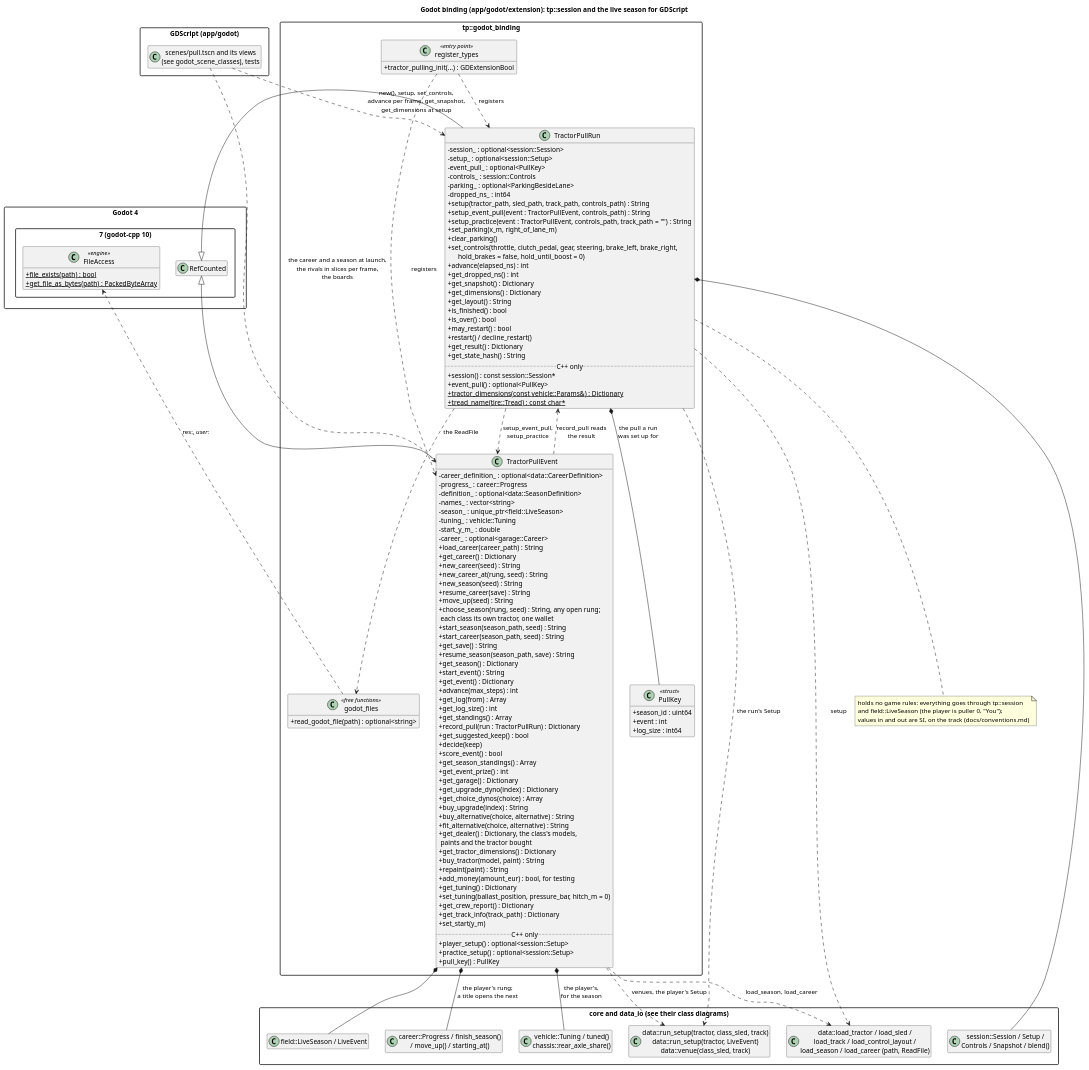
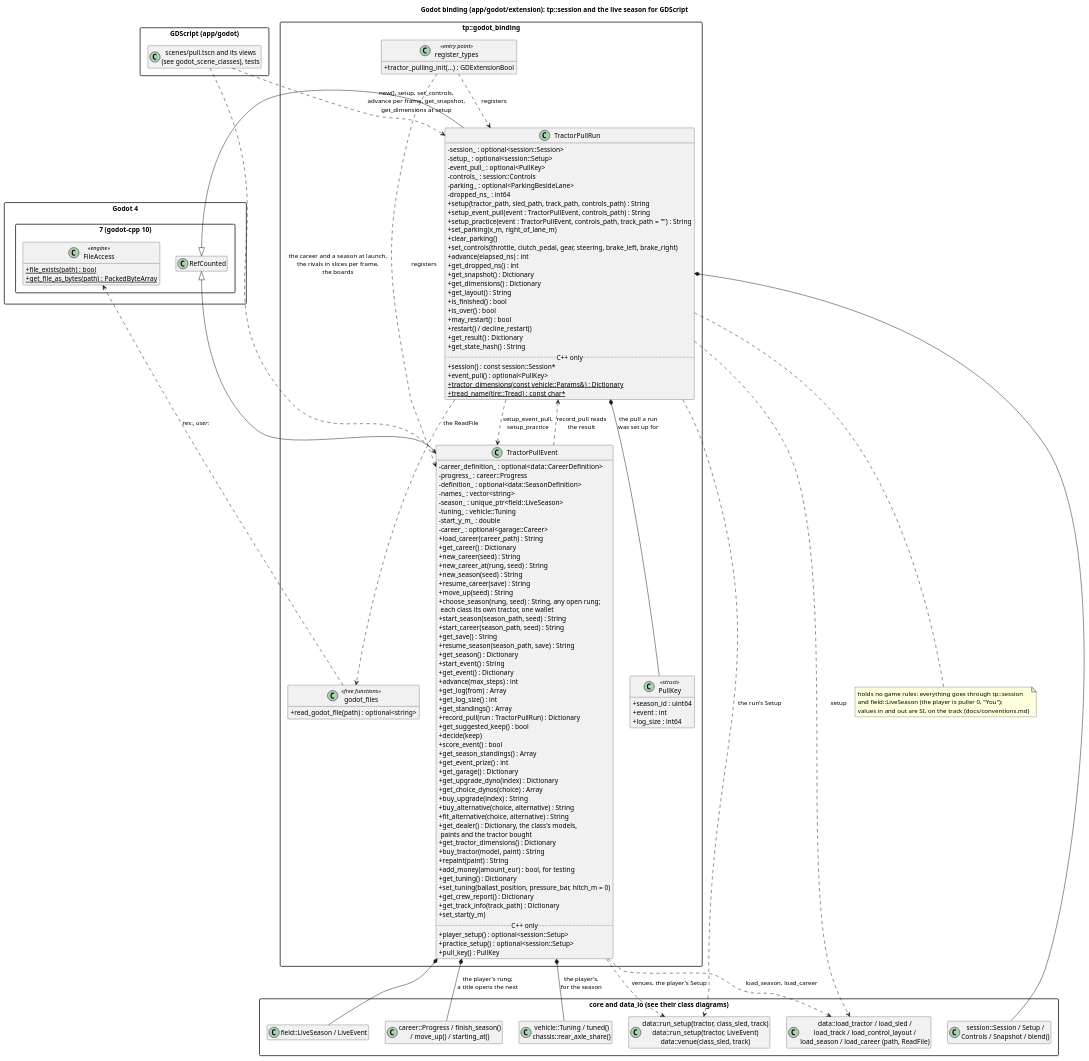
The diagram in docs/diagrams/godot_classes.puml (wversteeg/TractorPulling), drawn with PlantUML before and after one commit. The commit also changed 33 other files, not shown here.

First line of the commit message:
Remove the brake hold for the start everywhere (#148)

```diff
--- a/docs/diagrams/godot_classes.puml
+++ b/docs/diagrams/godot_classes.puml
@@ -1,151 +1,151 @@
 @startuml godot_classes
 title Godot binding (app/godot/extension): tp::session and the live season for GDScript
 hide empty members
 skinparam packageStyle rectangle
 skinparam classAttributeIconSize 0
 
 package "Godot 4.7 (godot-cpp 10)" {
   class RefCounted
   class FileAccess <<engine>> {
     +{static} file_exists(path) : bool
     +{static} get_file_as_bytes(path) : PackedByteArray
   }
 }
 
 package "tp::godot_binding" {
   class TractorPullRun {
     -session_ : optional<session::Session>
     -setup_ : optional<session::Setup>
     -event_pull_ : optional<PullKey>
     -controls_ : session::Controls
     -parking_ : optional<ParkingBesideLane>
     -dropped_ns_ : int64
     +setup(tractor_path, sled_path, track_path, controls_path) : String
     +setup_event_pull(event : TractorPullEvent, controls_path) : String
     +setup_practice(event : TractorPullEvent, controls_path, track_path = "") : String
     +set_parking(x_m, right_of_lane_m)
     +clear_parking()
-    +set_controls(throttle, clutch_pedal, gear, steering, brake_left, brake_right,\n      hold_brakes = false, hold_until_boost = 0)
+    +set_controls(throttle, clutch_pedal, gear, steering, brake_left, brake_right)
     +advance(elapsed_ns) : int
     +get_dropped_ns() : int
     +get_snapshot() : Dictionary
     +get_dimensions() : Dictionary
     +get_layout() : String
     +is_finished() : bool
     +is_over() : bool
     +may_restart() : bool
     +restart() / decline_restart()
     +get_result() : Dictionary
     +get_state_hash() : String
     ..C++ only..
     +session() : const session::Session*
     +event_pull() : optional<PullKey>
     +{static} tractor_dimensions(const vehicle::Params&) : Dictionary
     +{static} tread_name(tire::Tread) : const char*
   }
   class TractorPullEvent {
     -career_definition_ : optional<data::CareerDefinition>
     -progress_ : career::Progress
     -definition_ : optional<data::SeasonDefinition>
     -names_ : vector<string>
     -season_ : unique_ptr<field::LiveSeason>
     -tuning_ : vehicle::Tuning
     -start_y_m_ : double
     -career_ : optional<garage::Career>
     +load_career(career_path) : String
     +get_career() : Dictionary
     +new_career(seed) : String
     +new_career_at(rung, seed) : String
     +new_season(seed) : String
     +resume_career(save) : String
     +move_up(seed) : String
     +choose_season(rung, seed) : String, any open rung;\n each class its own tractor, one wallet
     +start_season(season_path, seed) : String
     +start_career(season_path, seed) : String
     +get_save() : String
     +resume_season(season_path, save) : String
     +get_season() : Dictionary
     +start_event() : String
     +get_event() : Dictionary
     +advance(max_steps) : int
     +get_log(from) : Array
     +get_log_size() : int
     +get_standings() : Array
     +record_pull(run : TractorPullRun) : Dictionary
     +get_suggested_keep() : bool
     +decide(keep)
     +score_event() : bool
     +get_season_standings() : Array
     +get_event_prize() : int
     +get_garage() : Dictionary
     +get_upgrade_dyno(index) : Dictionary
     +get_choice_dynos(choice) : Array
     +buy_upgrade(index) : String
     +buy_alternative(choice, alternative) : String
     +fit_alternative(choice, alternative) : String
     +get_dealer() : Dictionary, the class's models,\n paints and the tractor bought
     +get_tractor_dimensions() : Dictionary
     +buy_tractor(model, paint) : String
     +repaint(paint) : String
     +add_money(amount_eur) : bool, for testing
     +get_tuning() : Dictionary
     +set_tuning(ballast_position, pressure_bar, hitch_m = 0)
     +get_crew_report() : Dictionary
     +get_track_info(track_path) : Dictionary
     +set_start(y_m)
     ..C++ only..
     +player_setup() : optional<session::Setup>
     +practice_setup() : optional<session::Setup>
     +pull_key() : PullKey
   }
   class PullKey <<struct>> {
     +season_id : uint64
     +event : int
     +log_size : int64
   }
   TractorPullRun *-- PullKey : the pull a run\nwas set up for
   class "godot_files" as Files <<free functions>> {
     +read_godot_file(path) : optional<string>
   }
   class "register_types" as Register <<entry point>> {
     +tractor_pulling_init(...) : GDExtensionBool
   }
 }
 
 package "core and data_io (see their class diagrams)" {
   class "session::Session / Setup /\nControls / Snapshot / blend()" as Session
   class "data::load_tractor / load_sled /\nload_track / load_control_layout /\nload_season / load_career (path, ReadFile)" as Loaders
   class "data::run_setup(tractor, class_sled, track)\ndata::run_setup(tractor, LiveEvent)\ndata::venue(class_sled, track)" as RunSetup
   class "field::LiveSeason / LiveEvent" as Live
   class "career::Progress / finish_season()\n/ move_up() / starting_at()" as Career
   class "vehicle::Tuning / tuned()\nchassis::rear_axle_share()" as Tuning
 }
 
 package "GDScript (app/godot)" {
   class "scenes/pull.tscn and its views\n(see godot_scene_classes), tests" as Scripts
 }
 
 RefCounted <|-- TractorPullRun
 RefCounted <|-- TractorPullEvent
 Register ..> TractorPullRun : registers
 Register ..> TractorPullEvent : registers
 TractorPullEvent *-- Live
 TractorPullEvent *-- Tuning : the player's,\nfor the season
 TractorPullEvent ..> Loaders : load_season, load_career
 TractorPullEvent *-- Career : the player's rung;\na title opens the next
 TractorPullEvent ..> RunSetup : venues, the player's Setup
 TractorPullRun ..> TractorPullEvent : setup_event_pull,\nsetup_practice
 TractorPullEvent ..> TractorPullRun : record_pull reads\nthe result
 TractorPullRun *-- Session
 TractorPullRun ..> Loaders : setup
 TractorPullRun ..> RunSetup : the run's Setup
 TractorPullRun ..> Files : the ReadFile
 Files ..> FileAccess : res://, user://
 Scripts ..> TractorPullRun : new(), setup, set_controls,\nadvance per frame, get_snapshot,\nget_dimensions at setup
 Scripts ..> TractorPullEvent : the career and a season at launch,\nthe rivals in slices per frame,\nthe boards
 note bottom of TractorPullRun
   holds no game rules: everything goes through tp::session
   and field::LiveSeason (the player is puller 0, "You");
   values in and out are SI, on the track (docs/conventions.md)
 end note
 @enduml
```
